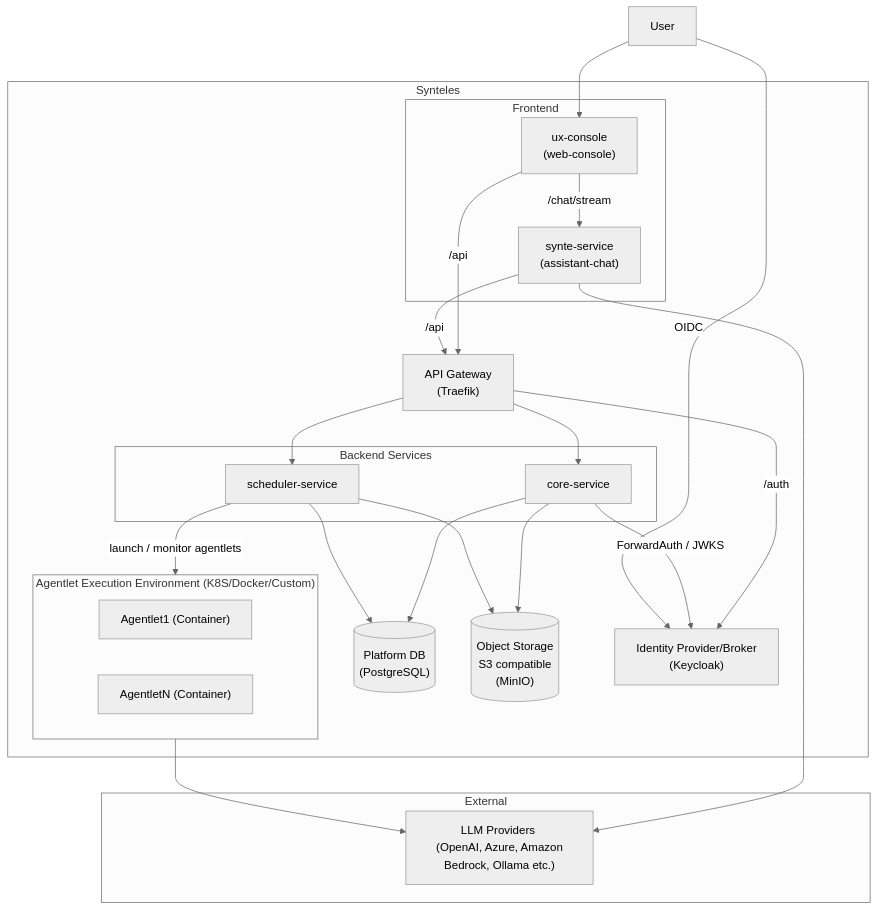
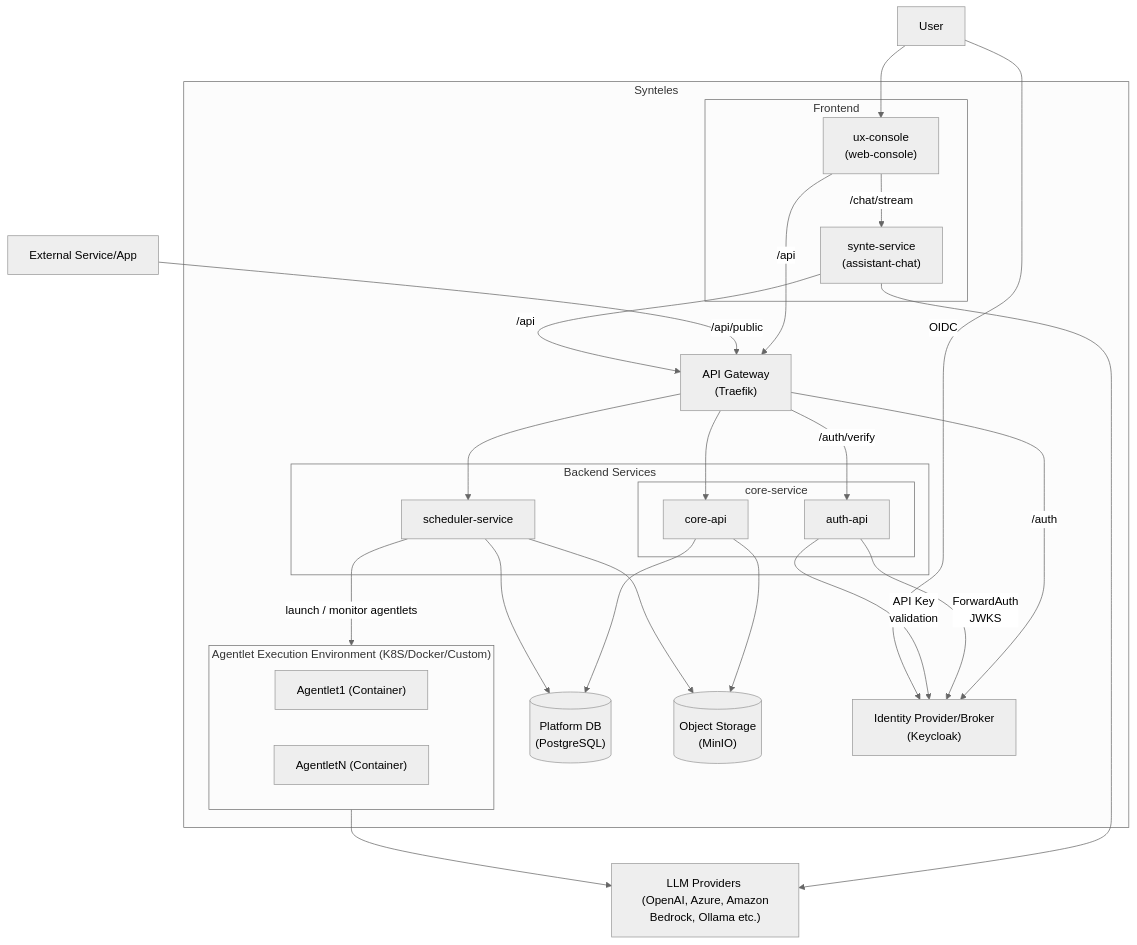
One commit to Synteles/synteles changed the first of 2 diagrams in docs/architecture.md. Above: the diagram before and after it, drawn with Mermaid (neutral theme).

Commit message:
Update diagram

````diff
--- a/docs/architecture.md
+++ b/docs/architecture.md
@@ -30,52 +30,58 @@
-```mermaid 
+```mermaid  
 graph TB
     User["User"]
+    Service["External Service/App"]
 
     subgraph Stack["Synteles"]
 
         subgraph Frontend["Frontend"]
             UX["ux-console </br> (web-console)"]
             Synte["synte-service </br> (assistant-chat)"]
         end
 
         Traefik["API Gateway </br> (Traefik)"]
 
         subgraph Backend["Backend Services"]
-            Core["core-service"]
+            
+            subgraph Core["core-service"]
+                CoreService["core-api"]
+                AuthService["auth-api"]
+            end
             Scheduler["scheduler-service"]
         end
 
 
         PG[("Platform DB </br> (PostgreSQL)")]
-        Minio[("Object Storage </br> S3 compatible </br> (MinIO)")]
+        Minio[("Object Storage </br> (MinIO)")]
 
         KC["Identity Provider/Broker </br> (Keycloak)"]
         
         subgraph EE["Agentlet Execution Environment (K8S/Docker/Custom)"]
             Agentlet1["Agentlet1 (Container)"]
             AgentletN["AgentletN (Container)"]
         end
 
     end
 
-    subgraph External["External"]
-        LLM["LLM Providers </br> (OpenAI, Azure, Amazon Bedrock, Ollama etc.)"]
-    end
+    LLM["LLM Providers </br> (OpenAI, Azure, Amazon Bedrock, Ollama etc.)"]
 
     User --> UX
     UX -->|"/api"| Traefik
     UX -->|"/chat/stream"| Synte
-    Traefik --> Core
+    Service -->|"/api/public"| Traefik
+    Traefik --> CoreService
     Traefik --> Scheduler
+    Traefik -->|"/auth/verify"| AuthService
     Traefik -->|"/auth"| KC
-    Core -->|"ForwardAuth / JWKS"| KC
+    AuthService -->|"ForwardAuth </br> JWKS"| KC
+    AuthService -->|"API Key </br> validation"| KC
     Synte -->|"/api"| Traefik
-    Core --> PG
-    Core --> Minio
+    CoreService --> PG
+    CoreService --> Minio
     Scheduler --> PG
     Scheduler --> Minio
     Scheduler -->|"launch / monitor agentlets"| EE
     EE --> LLM
     Synte --> LLM
     User -->|"OIDC"| KC
 ```
````
